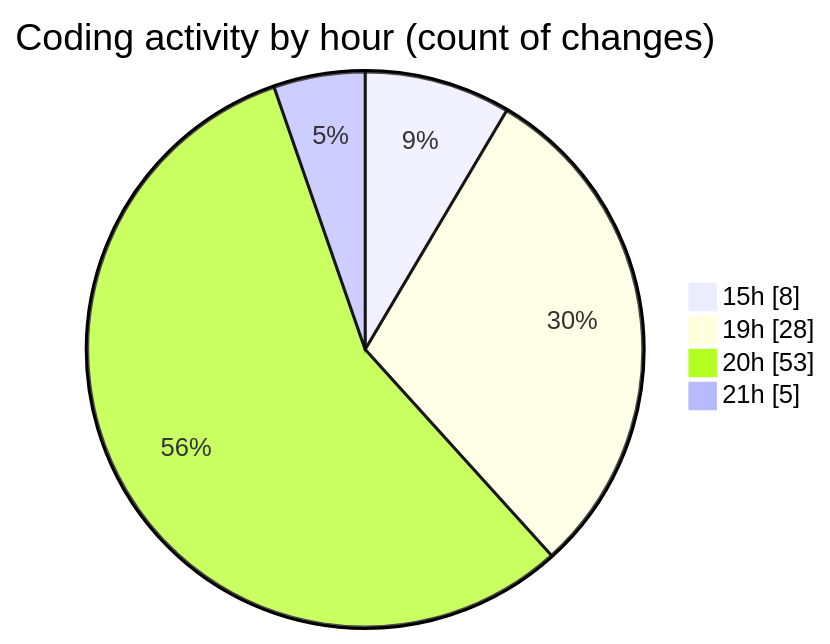
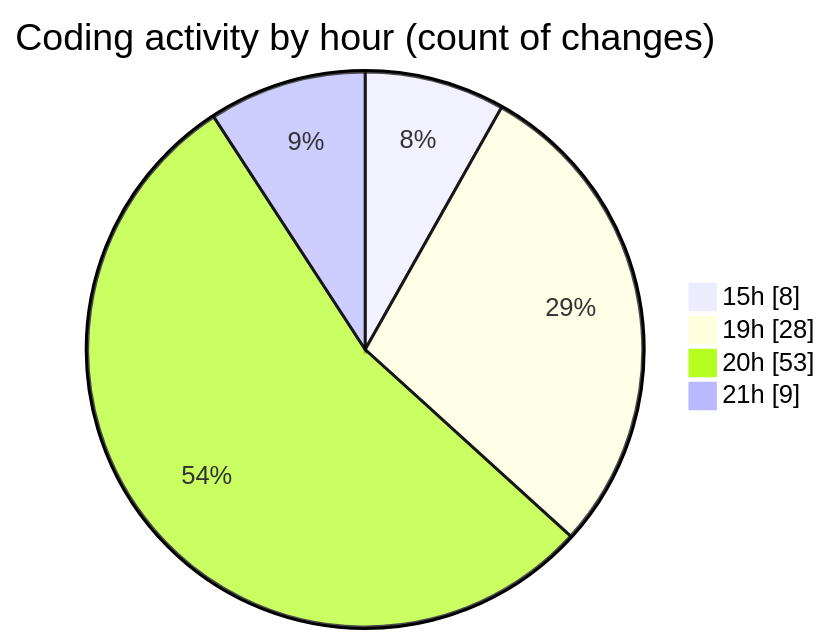
One commit to Ritupan-Deka/code-tracking changed the second of 2 diagrams in 2025-01-26/search/README.md. Above: the diagram before and after it, drawn with Mermaid. The commit also changed other lines of this file and 1 other file, not shown here.

````diff
--- a/2025-01-26/search/README.md
+++ b/2025-01-26/search/README.md
@@ -31,8 +31,8 @@
 ```mermaid
 pie showData
 title Coding activity by hour (count of changes)
 "15h" : 8
 "19h" : 28
 "20h" : 53
-"21h" : 5
+"21h" : 9
 ```
````
